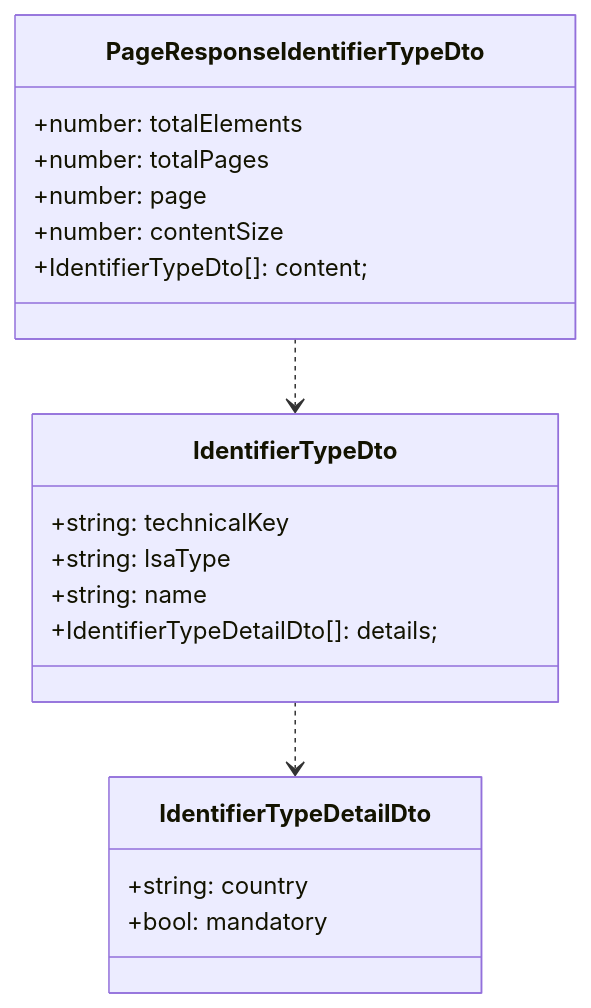
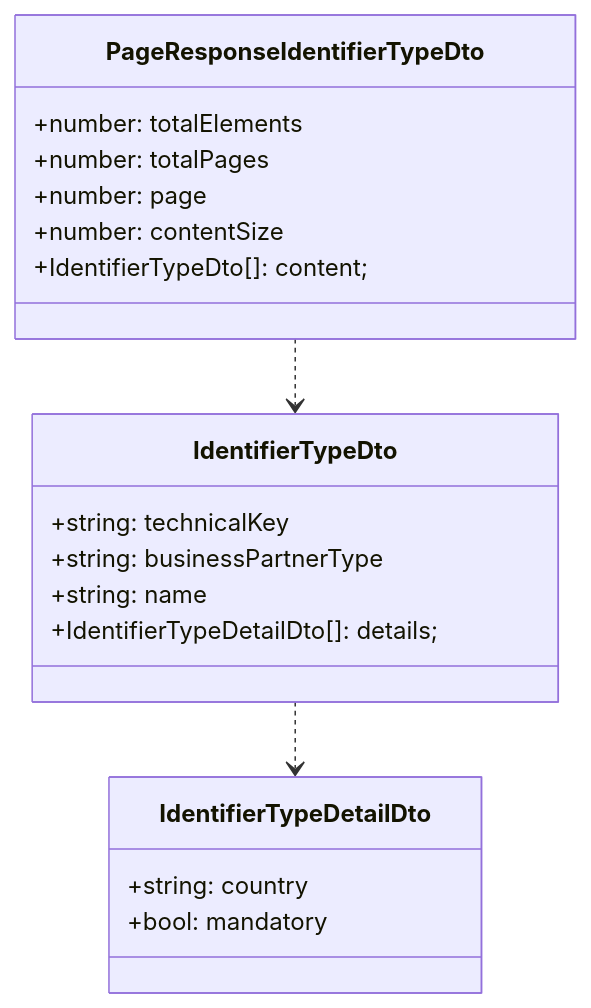
One commit to eclipse-tractusx/bpdm changed the diagram in docs/model/api/pool/metadata-controller/response/page-response-identifier-type-dto.md. Above: the diagram before and after it, drawn with Mermaid. The commit also changed 14 other files, not shown here.

`````diff
--- a/docs/model/api/pool/metadata-controller/response/page-response-identifier-type-dto.md
+++ b/docs/model/api/pool/metadata-controller/response/page-response-identifier-type-dto.md
@@ -1,25 +1,25 @@
 ````mermaid
 classDiagram
 
 IdentifierTypeDto ..> IdentifierTypeDetailDto
 PageResponseIdentifierTypeDto ..> IdentifierTypeDto
 
 class PageResponseIdentifierTypeDto{
 +number: totalElements
 +number: totalPages
 +number: page
 +number: contentSize
 +IdentifierTypeDto[]: content;
 }
 class IdentifierTypeDetailDto{
 +string: country
 +bool: mandatory
 }
 class IdentifierTypeDto{
 +string: technicalKey
-+string: lsaType
++string: businessPartnerType
 +string: name
 +IdentifierTypeDetailDto[]: details;
 }
 
 ````
`````
